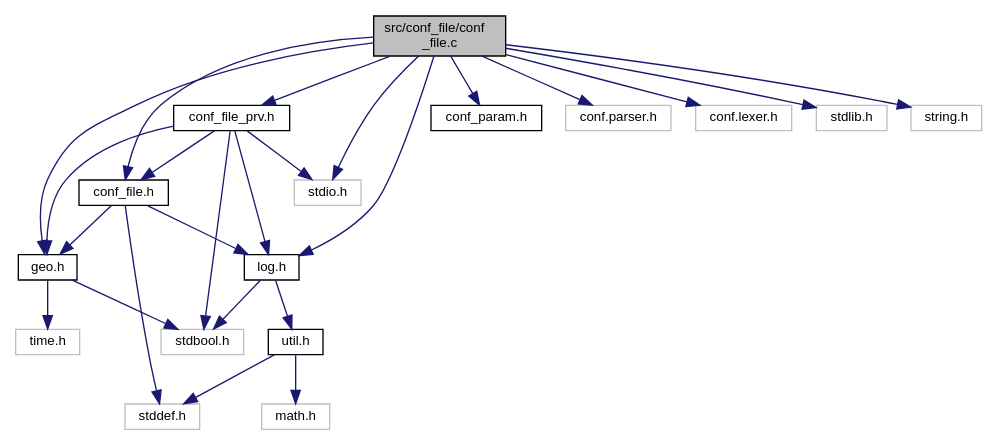
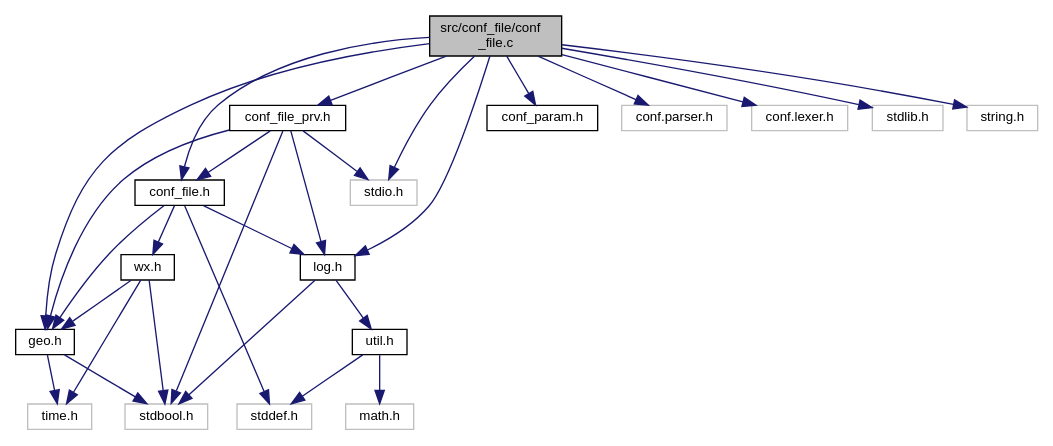
Before and after one commit to slakpi/piwx: the diagram in conf__file_8c__incl.dot, drawn with Graphviz. The commit also changed 76 other files, not shown here.

```diff
--- a/conf__file_8c__incl.dot
+++ b/conf__file_8c__incl.dot
@@ -1,45 +1,50 @@
 digraph "src/conf_file/conf_file.c"
 {
   edge [fontname="Helvetica",fontsize="10",labelfontname="Helvetica",labelfontsize="10"];
   node [fontname="Helvetica",fontsize="10",shape=record];
   Node0 [label="src/conf_file/conf\l_file.c",height=0.2,width=0.4,color="black", fillcolor="grey75", style="filled", fontcolor="black"];
   Node0 -> Node1 [color="midnightblue",fontsize="10",style="solid",fontname="Helvetica"];
   Node1 [label="conf_file.h",height=0.2,width=0.4,color="black", fillcolor="white", style="filled",URL="$conf__file_8h.html"];
   Node1 -> Node2 [color="midnightblue",fontsize="10",style="solid",fontname="Helvetica"];
   Node2 [label="geo.h",height=0.2,width=0.4,color="black", fillcolor="white", style="filled",URL="$geo_8h.html"];
   Node2 -> Node3 [color="midnightblue",fontsize="10",style="solid",fontname="Helvetica"];
   Node3 [label="stdbool.h",height=0.2,width=0.4,color="grey75", fillcolor="white", style="filled"];
   Node2 -> Node4 [color="midnightblue",fontsize="10",style="solid",fontname="Helvetica"];
   Node4 [label="time.h",height=0.2,width=0.4,color="grey75", fillcolor="white", style="filled"];
   Node1 -> Node5 [color="midnightblue",fontsize="10",style="solid",fontname="Helvetica"];
   Node5 [label="log.h",height=0.2,width=0.4,color="black", fillcolor="white", style="filled",URL="$log_8h.html"];
   Node5 -> Node6 [color="midnightblue",fontsize="10",style="solid",fontname="Helvetica"];
   Node6 [label="util.h",height=0.2,width=0.4,color="black", fillcolor="white", style="filled",URL="$util_8h.html"];
   Node6 -> Node7 [color="midnightblue",fontsize="10",style="solid",fontname="Helvetica"];
   Node7 [label="math.h",height=0.2,width=0.4,color="grey75", fillcolor="white", style="filled"];
   Node6 -> Node8 [color="midnightblue",fontsize="10",style="solid",fontname="Helvetica"];
   Node8 [label="stddef.h",height=0.2,width=0.4,color="grey75", fillcolor="white", style="filled"];
   Node5 -> Node3 [color="midnightblue",fontsize="10",style="solid",fontname="Helvetica"];
+  Node1 -> Node9 [color="midnightblue",fontsize="10",style="solid",fontname="Helvetica"];
+  Node9 [label="wx.h",height=0.2,width=0.4,color="black", fillcolor="white", style="filled",URL="$wx_8h.html"];
+  Node9 -> Node2 [color="midnightblue",fontsize="10",style="solid",fontname="Helvetica"];
+  Node9 -> Node3 [color="midnightblue",fontsize="10",style="solid",fontname="Helvetica"];
+  Node9 -> Node4 [color="midnightblue",fontsize="10",style="solid",fontname="Helvetica"];
   Node1 -> Node8 [color="midnightblue",fontsize="10",style="solid",fontname="Helvetica"];
-  Node0 -> Node9 [color="midnightblue",fontsize="10",style="solid",fontname="Helvetica"];
-  Node9 [label="conf_file_prv.h",height=0.2,width=0.4,color="black", fillcolor="white", style="filled",URL="$conf__file__prv_8h.html"];
-  Node9 -> Node1 [color="midnightblue",fontsize="10",style="solid",fontname="Helvetica"];
-  Node9 -> Node2 [color="midnightblue",fontsize="10",style="solid",fontname="Helvetica"];
-  Node9 -> Node5 [color="midnightblue",fontsize="10",style="solid",fontname="Helvetica"];
-  Node9 -> Node3 [color="midnightblue",fontsize="10",style="solid",fontname="Helvetica"];
-  Node9 -> Node10 [color="midnightblue",fontsize="10",style="solid",fontname="Helvetica"];
-  Node10 [label="stdio.h",height=0.2,width=0.4,color="grey75", fillcolor="white", style="filled"];
-  Node0 -> Node11 [color="midnightblue",fontsize="10",style="solid",fontname="Helvetica"];
-  Node11 [label="conf_param.h",height=0.2,width=0.4,color="black", fillcolor="white", style="filled",URL="$conf__param_8h.html"];
+  Node0 -> Node10 [color="midnightblue",fontsize="10",style="solid",fontname="Helvetica"];
+  Node10 [label="conf_file_prv.h",height=0.2,width=0.4,color="black", fillcolor="white", style="filled",URL="$conf__file__prv_8h.html"];
+  Node10 -> Node1 [color="midnightblue",fontsize="10",style="solid",fontname="Helvetica"];
+  Node10 -> Node2 [color="midnightblue",fontsize="10",style="solid",fontname="Helvetica"];
+  Node10 -> Node5 [color="midnightblue",fontsize="10",style="solid",fontname="Helvetica"];
+  Node10 -> Node3 [color="midnightblue",fontsize="10",style="solid",fontname="Helvetica"];
+  Node10 -> Node11 [color="midnightblue",fontsize="10",style="solid",fontname="Helvetica"];
+  Node11 [label="stdio.h",height=0.2,width=0.4,color="grey75", fillcolor="white", style="filled"];
   Node0 -> Node12 [color="midnightblue",fontsize="10",style="solid",fontname="Helvetica"];
-  Node12 [label="conf.parser.h",height=0.2,width=0.4,color="grey75", fillcolor="white", style="filled"];
+  Node12 [label="conf_param.h",height=0.2,width=0.4,color="black", fillcolor="white", style="filled",URL="$conf__param_8h.html"];
   Node0 -> Node13 [color="midnightblue",fontsize="10",style="solid",fontname="Helvetica"];
-  Node13 [label="conf.lexer.h",height=0.2,width=0.4,color="grey75", fillcolor="white", style="filled"];
+  Node13 [label="conf.parser.h",height=0.2,width=0.4,color="grey75", fillcolor="white", style="filled"];
+  Node0 -> Node14 [color="midnightblue",fontsize="10",style="solid",fontname="Helvetica"];
+  Node14 [label="conf.lexer.h",height=0.2,width=0.4,color="grey75", fillcolor="white", style="filled"];
   Node0 -> Node2 [color="midnightblue",fontsize="10",style="solid",fontname="Helvetica"];
   Node0 -> Node5 [color="midnightblue",fontsize="10",style="solid",fontname="Helvetica"];
-  Node0 -> Node10 [color="midnightblue",fontsize="10",style="solid",fontname="Helvetica"];
-  Node0 -> Node14 [color="midnightblue",fontsize="10",style="solid",fontname="Helvetica"];
-  Node14 [label="stdlib.h",height=0.2,width=0.4,color="grey75", fillcolor="white", style="filled"];
+  Node0 -> Node11 [color="midnightblue",fontsize="10",style="solid",fontname="Helvetica"];
   Node0 -> Node15 [color="midnightblue",fontsize="10",style="solid",fontname="Helvetica"];
-  Node15 [label="string.h",height=0.2,width=0.4,color="grey75", fillcolor="white", style="filled"];
+  Node15 [label="stdlib.h",height=0.2,width=0.4,color="grey75", fillcolor="white", style="filled"];
+  Node0 -> Node16 [color="midnightblue",fontsize="10",style="solid",fontname="Helvetica"];
+  Node16 [label="string.h",height=0.2,width=0.4,color="grey75", fillcolor="white", style="filled"];
 }
```
